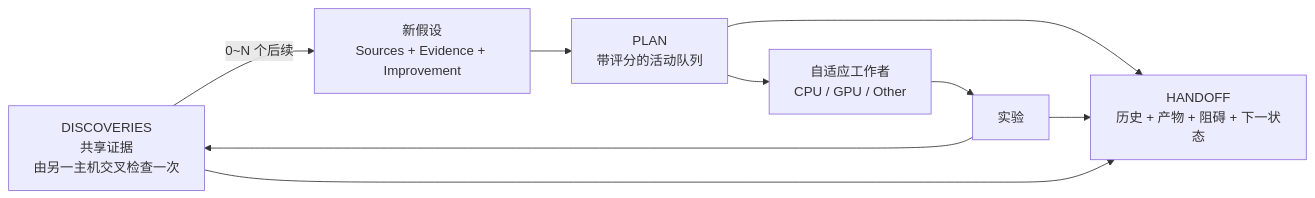
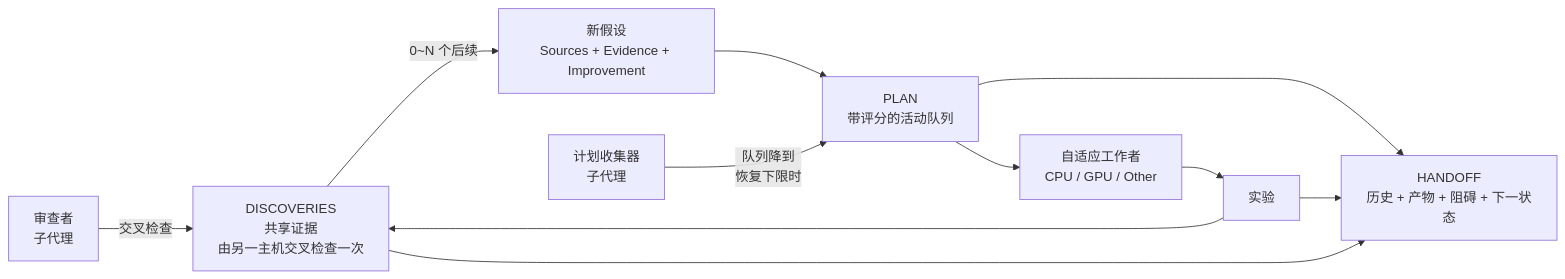
Before and after one commit to TaeyanG4/research-orchestrator-skill: the first of 3 diagrams in README.zh-CN.md, drawn with Mermaid. The commit also changed other lines of this file and 19 other files, not shown here.

````diff
--- a/README.zh-CN.md
+++ b/README.zh-CN.md
@@ -31,15 +31,17 @@
 ```mermaid
 flowchart LR
     D[DISCOVERIES<br/>共享证据<br/>由另一主机交叉检查一次]
     H[新假设<br/>Sources + Evidence + Improvement]
     P[PLAN<br/>带评分的活动队列]
     W[自适应工作者<br/>CPU / GPU / Other]
     E[实验]
     O[HANDOFF<br/>历史 + 产物 + 阻碍 + 下一状态]
 
     D -->|0~N 个后续| H
     H --> P --> W --> E --> D
+    C["计划收集器<br/>子代理"] -->|"队列降到<br/>恢复下限时"| P
+    R["审查者<br/>子代理"] -->|交叉检查| D
     P --> O
     E --> O
     D --> O
 ```
````
